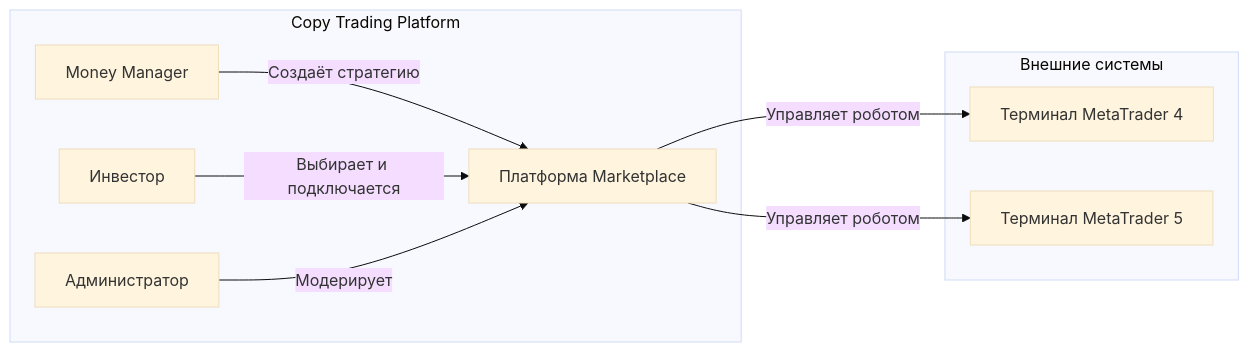
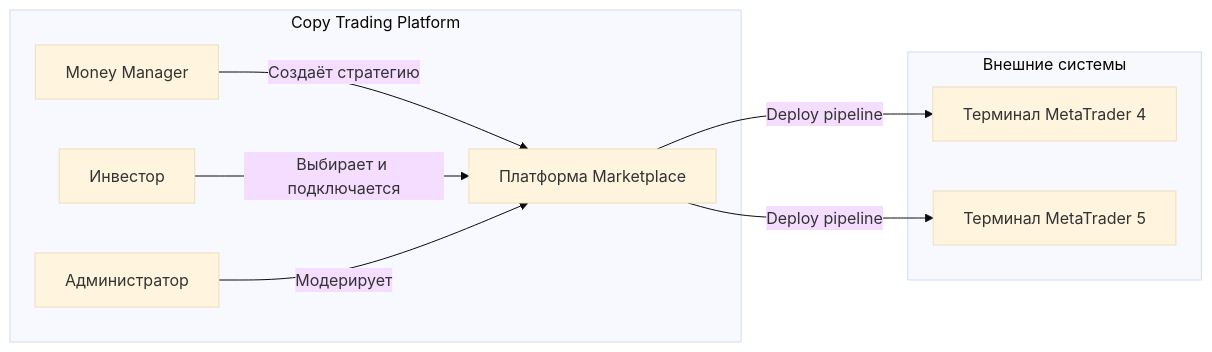
The first of 11 diagrams in TRM_SRS.md (MatveiV/TradingRobotMarketplace), drawn with Mermaid (base theme) before and after one commit. The commit also changed other lines of this file and 109 other files, not shown here.

````diff
--- a/TRM_SRS.md
+++ b/TRM_SRS.md
@@ -98,20 +93,20 @@
 ```mermaid
 graph LR
     subgraph "Внешние системы"
         MT4[Терминал MetaTrader 4]
         MT5[Терминал MetaTrader 5]
     end
-    
+
     subgraph "Copy Trading Platform"
         MM[Money Manager]
         Inv[Инвестор]
         Platform[Платформа Marketplace]
         Admin[Администратор]
     end
-    
+
     MM -->|Создаёт стратегию| Platform
     Inv -->|Выбирает и подключается| Platform
     Admin -->|Модерирует| Platform
-    Platform -->|Управляет роботом| MT4
-    Platform -->|Управляет роботом| MT5
+    Platform -->|Deploy pipeline| MT4
+    Platform -->|Deploy pipeline| MT5
 ```
````
